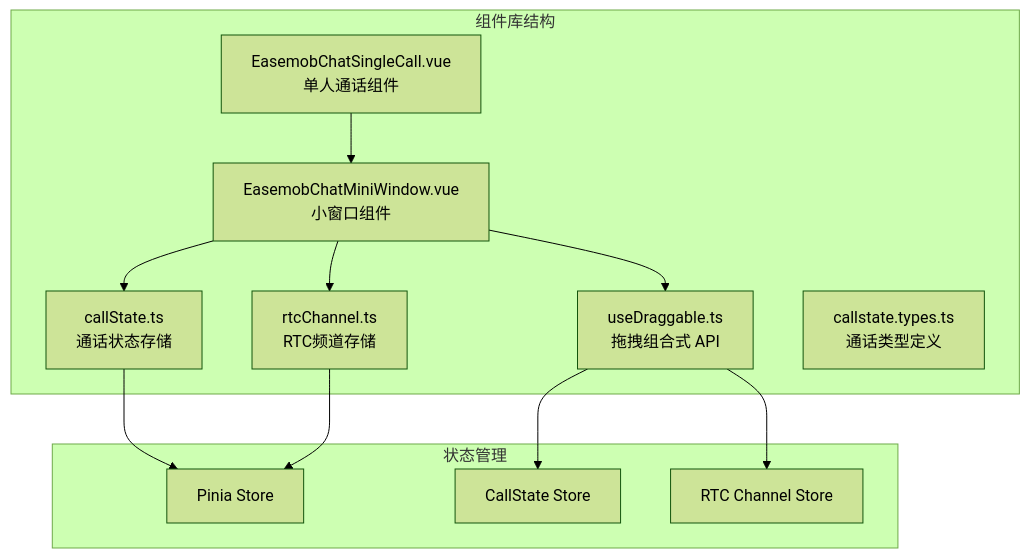
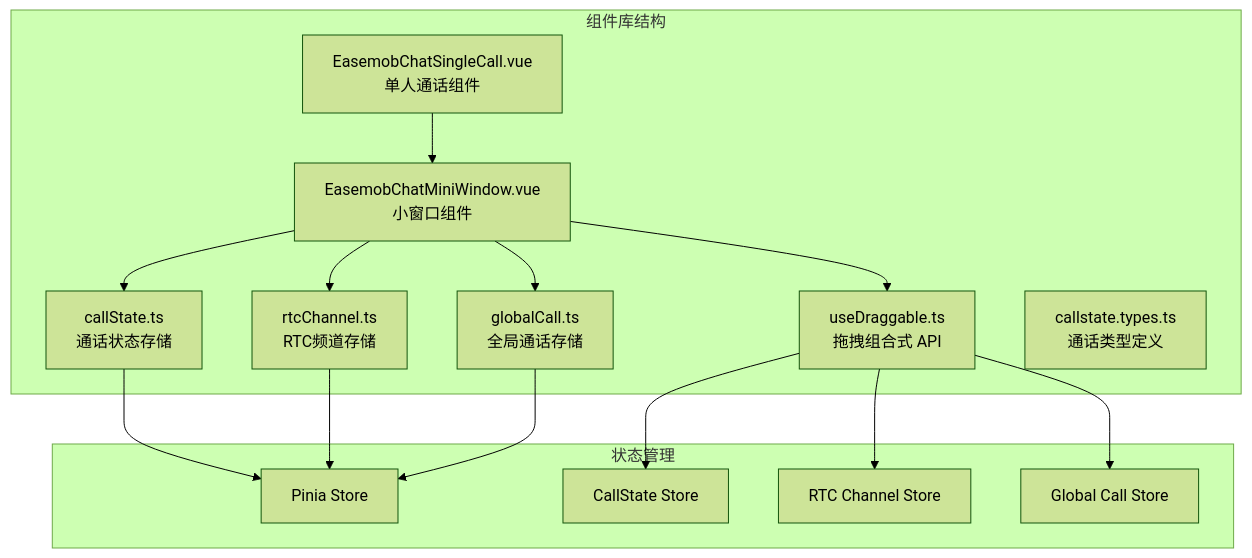
Before and after one commit to Easemob-Community/easemob-uikit-callkit-vue3: the first of 7 diagrams in .qoder/repowiki/zh/content/API 参考/组件 API/小窗口组件 API.md, drawn with Mermaid (forest theme). The commit also changed other lines of this file and 54 other files, not shown here.

````diff
--- a/.qoder/repowiki/zh/content/API 参考/组件 API/小窗口组件 API.md
+++ b/.qoder/repowiki/zh/content/API 参考/组件 API/小窗口组件 API.md
@@ -41,24 +41,29 @@
 ```mermaid
 graph TB
 subgraph "组件库结构"
 A[EasemobChatMiniWindow.vue<br/>小窗口组件]
 B[useDraggable.ts<br/>拖拽组合式 API]
 C[callState.ts<br/>通话状态存储]
 D[rtcChannel.ts<br/>RTC频道存储]
-E[EasemobChatSingleCall.vue<br/>单人通话组件]
-F[callstate.types.ts<br/>通话类型定义]
+E[globalCall.ts<br/>全局通话存储]
+F[EasemobChatSingleCall.vue<br/>单人通话组件]
+G[callstate.types.ts<br/>通话类型定义]
 end
 subgraph "状态管理"
-G[Pinia Store]
-H[CallState Store]
-I[RTC Channel Store]
+H[Pinia Store]
+I[CallState Store]
+J[RTC Channel Store]
+K[Global Call Store]
 end
 A --> B
 A --> C
 A --> D
-E --> A
-C --> G
-D --> G
-B --> H
+A --> E
+F --> A
+C --> H
+D --> H
+E --> H
 B --> I
+B --> J
+B --> K
 ```
````
